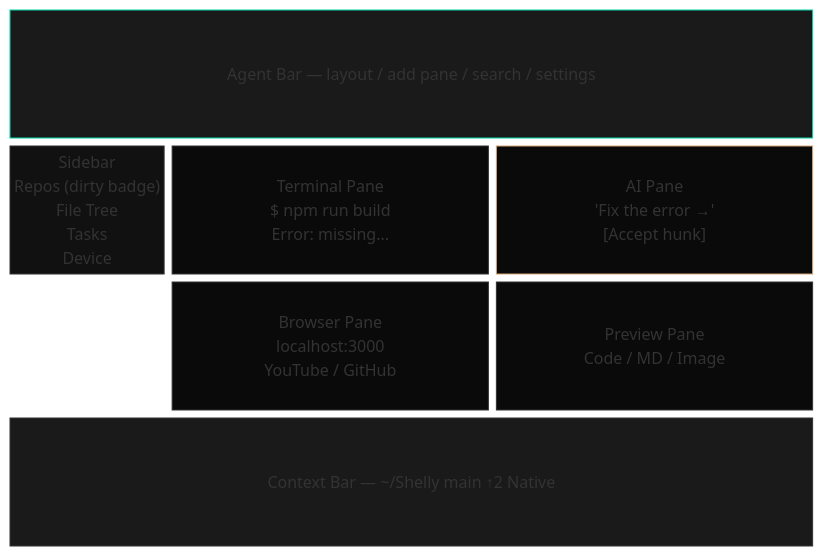
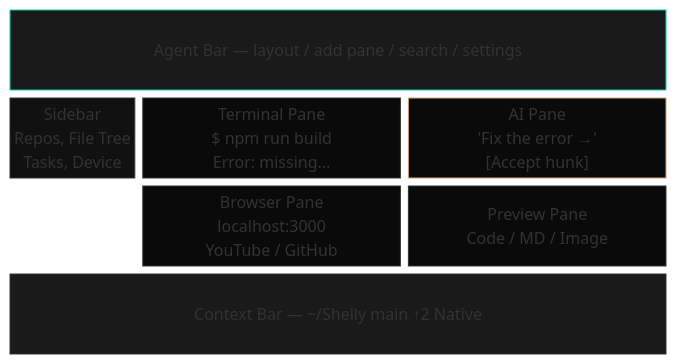
Before and after one commit to RYOITABASHI/Shelly: the second of 6 diagrams in README.md, drawn with Mermaid (neutral theme). The commit also changed other lines of this file and 3 other files, not shown here.

````diff
--- a/README.md
+++ b/README.md
@@ -682,16 +687,16 @@
 ```mermaid
 block-beta
   columns 5
   AB["Agent Bar — layout / add pane / search / settings"]:5
-  SB["Sidebar\nRepos (dirty badge)\nFile Tree\nTasks\nDevice"]:1 TP["Terminal Pane\n$ npm run build\nError: missing..."]:2 AP["AI Pane\n'Fix the error →'\n[Accept hunk]"]:2
+  SB["Sidebar\nRepos, File Tree\nTasks, Device"]:1 TP["Terminal Pane\n$ npm run build\nError: missing..."]:2 AP["AI Pane\n'Fix the error →'\n[Accept hunk]"]:2
   space:1 BP["Browser Pane\nlocalhost:3000\nYouTube / GitHub"]:2 MP["Preview Pane\nCode / MD / Image"]:2
   CB["Context Bar — ~/Shelly  main  ↑2  Native"]:5
 
   style AB fill:#1a1a1a,stroke:#00D4AA,color:#00D4AA
   style SB fill:#111,stroke:#333,color:#ccc
   style TP fill:#0a0a0a,stroke:#333,color:#0f0
   style AP fill:#0a0a0a,stroke:#D4A574,color:#D4A574
   style BP fill:#0a0a0a,stroke:#333,color:#61AFEF
   style MP fill:#0a0a0a,stroke:#333,color:#ccc
   style CB fill:#1a1a1a,stroke:#333,color:#666
 ```
````
